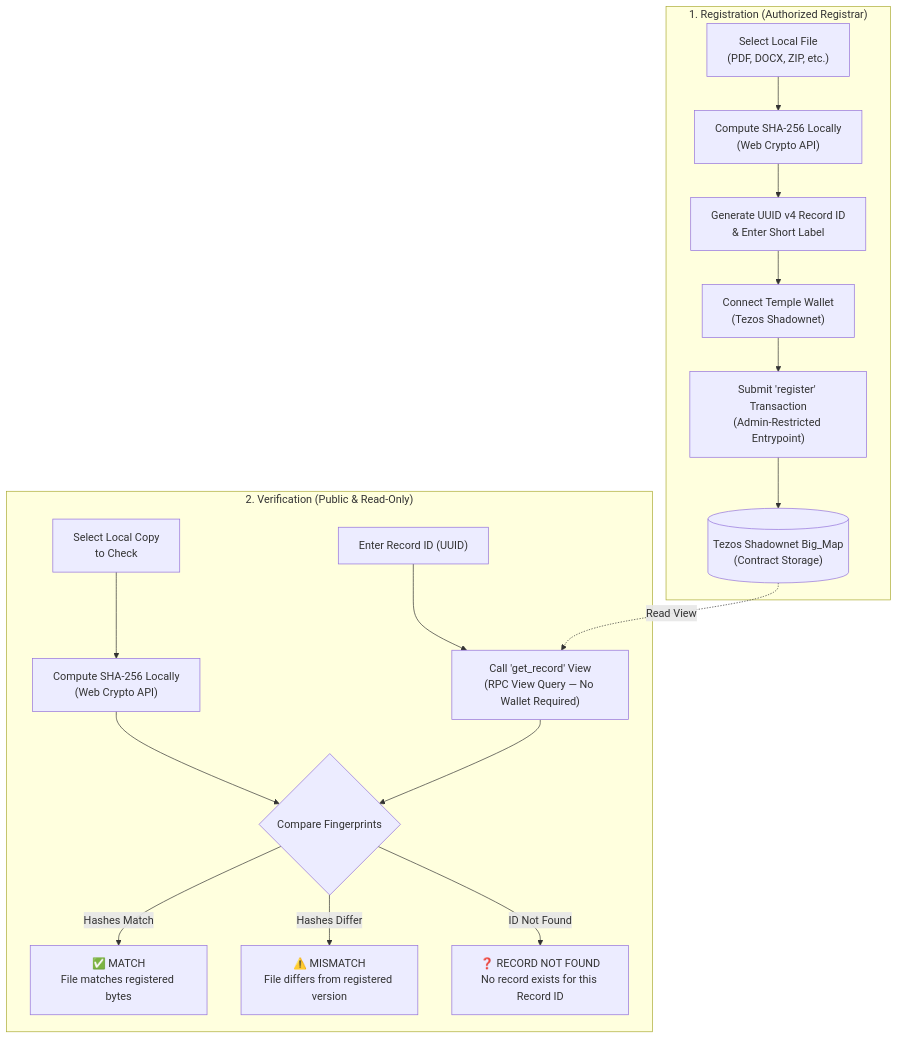
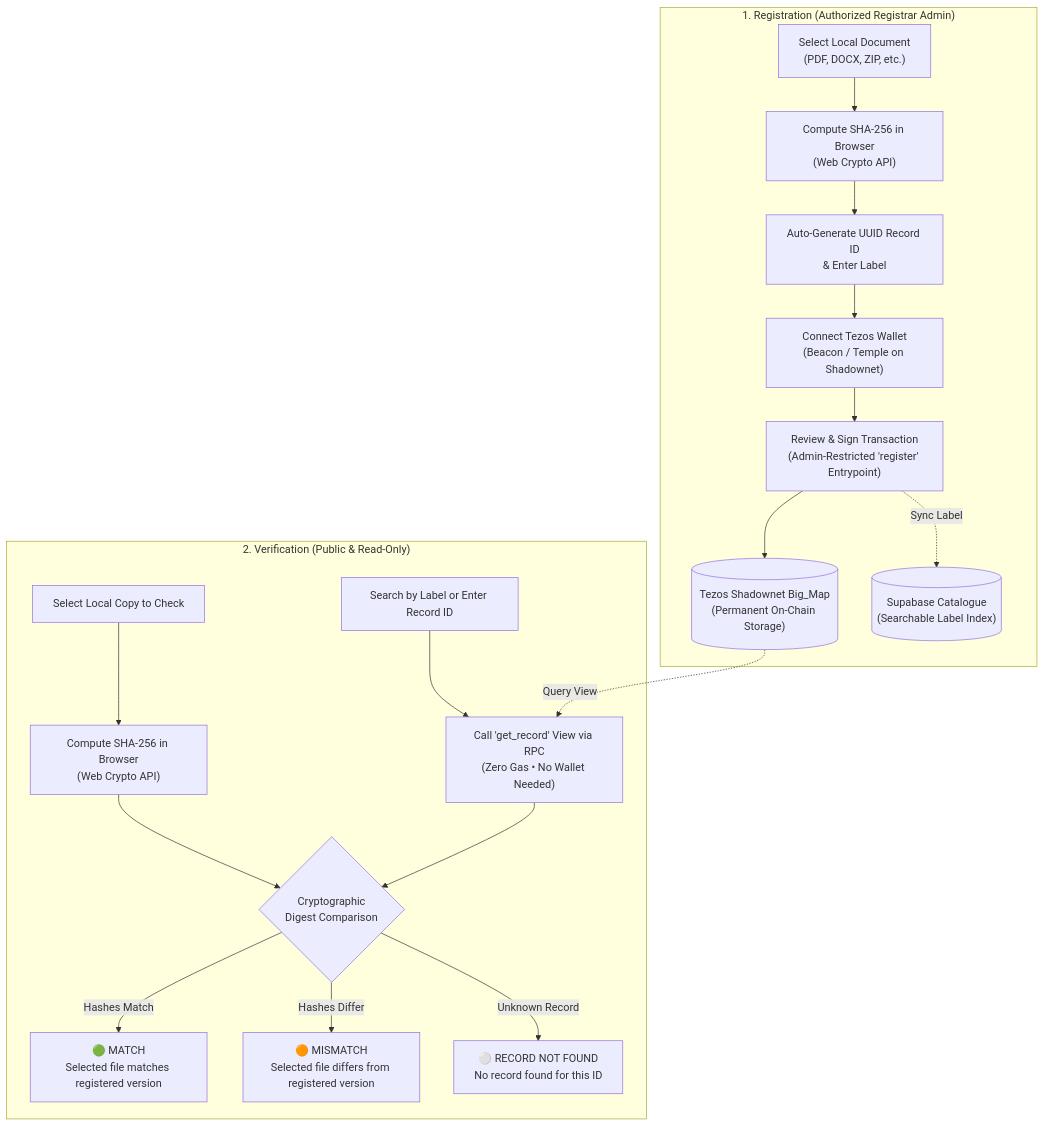
One commit to Prasanna-Ram-SJ/document-integrity-registry changed the diagram in README.md. Above: the diagram before and after it, drawn with Mermaid. The commit also changed other lines of this file and 16 other files, not shown here.

````diff
--- a/README.md
+++ b/README.md
@@ -59,21 +77,22 @@
 ```mermaid
 flowchart TD
-    subgraph Registration ["1. Registration (Authorized Registrar)"]
-        A["Select Local File\n(PDF, DOCX, ZIP, etc.)"] --> B["Compute SHA-256 Locally\n(Web Crypto API)"]
-        B --> C["Generate UUID v4 Record ID\n& Enter Short Label"]
-        C --> D["Connect Temple Wallet\n(Tezos Shadownet)"]
-        D --> E["Submit 'register' Transaction\n(Admin-Restricted Entrypoint)"]
-        E --> F[("Tezos Shadownet Big_Map\n(Contract Storage)")]
+    subgraph Registration ["1. Registration (Authorized Registrar Admin)"]
+        A["Select Local Document\n(PDF, DOCX, ZIP, etc.)"] --> B["Compute SHA-256 in Browser\n(Web Crypto API)"]
+        B --> C["Auto-Generate UUID Record ID\n& Enter Label"]
+        C --> D["Connect Tezos Wallet\n(Beacon / Temple on Shadownet)"]
+        D --> E["Review & Sign Transaction\n(Admin-Restricted 'register' Entrypoint)"]
+        E --> F[("Tezos Shadownet Big_Map\n(Permanent On-Chain Storage)")]
+        E -. Sync Label .-> G[("Supabase Catalogue\n(Searchable Label Index)")]
     end
 
     subgraph Verification ["2. Verification (Public & Read-Only)"]
-        G["Select Local Copy\nto Check"] --> H["Compute SHA-256 Locally\n(Web Crypto API)"]
-        I["Enter Record ID (UUID)"] --> J["Call 'get_record' View\n(RPC View Query — No Wallet Required)"]
-        F -. Read View .-> J
-        H --> K{"Compare Fingerprints"}
-        J --> K
-        K -->|"Hashes Match"| L["✅ MATCH\nFile matches registered bytes"]
-        K -->|"Hashes Differ"| M["⚠️ MISMATCH\nFile differs from registered version"]
-        K -->|"ID Not Found"| N["❓ RECORD NOT FOUND\nNo record exists for this Record ID"]
+        H["Select Local Copy to Check"] --> I["Compute SHA-256 in Browser\n(Web Crypto API)"]
+        J["Search by Label or Enter Record ID"] --> K["Call 'get_record' View via RPC\n(Zero Gas • No Wallet Needed)"]
+        F -. Query View .-> K
+        I --> L{"Cryptographic\nDigest Comparison"}
+        K --> L
+        L -->|"Hashes Match"| M["🟢 MATCH\nSelected file matches registered version"]
+        L -->|"Hashes Differ"| N["🟠 MISMATCH\nSelected file differs from registered version"]
+        L -->|"Unknown Record"| O["⚪ RECORD NOT FOUND\nNo record found for this ID"]
     end
 ```
````
